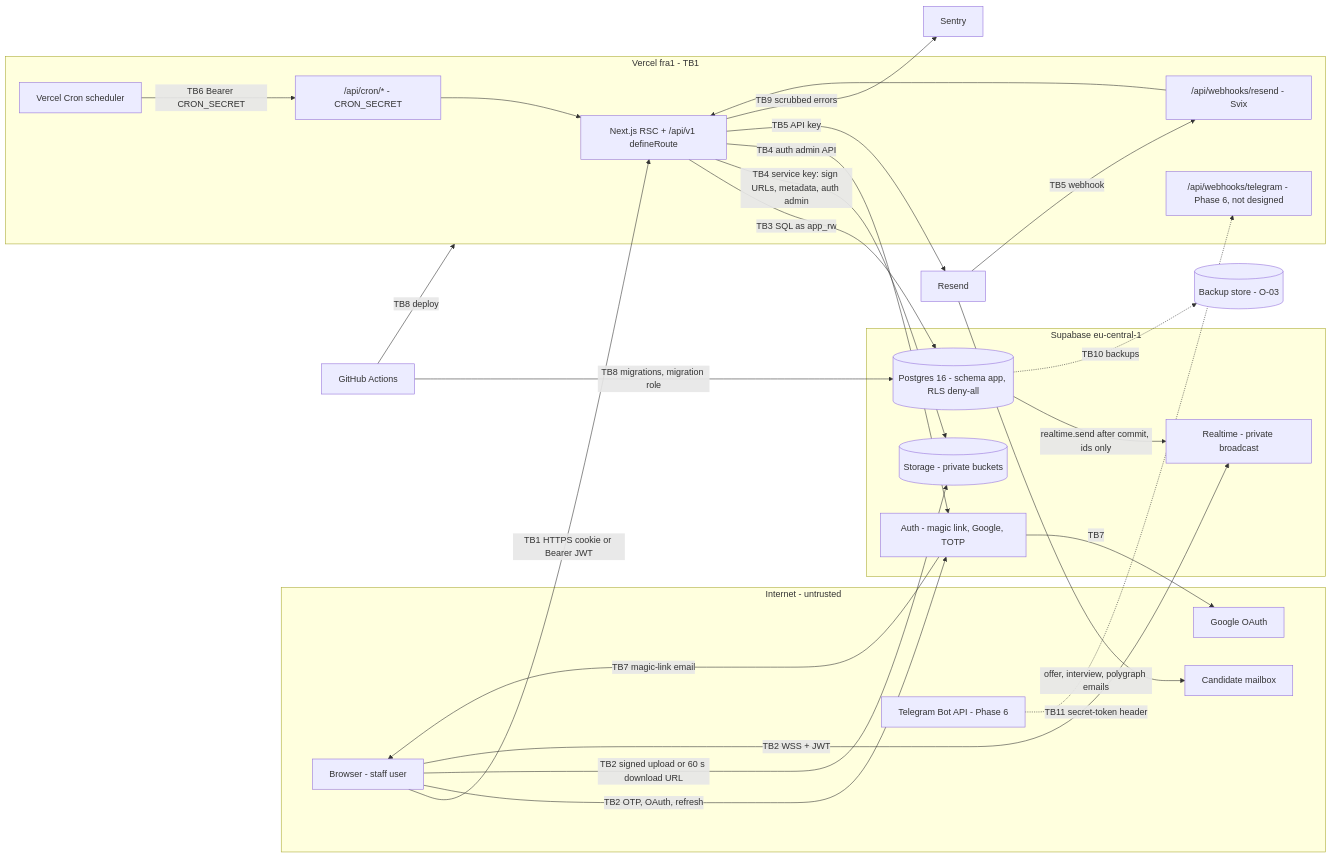
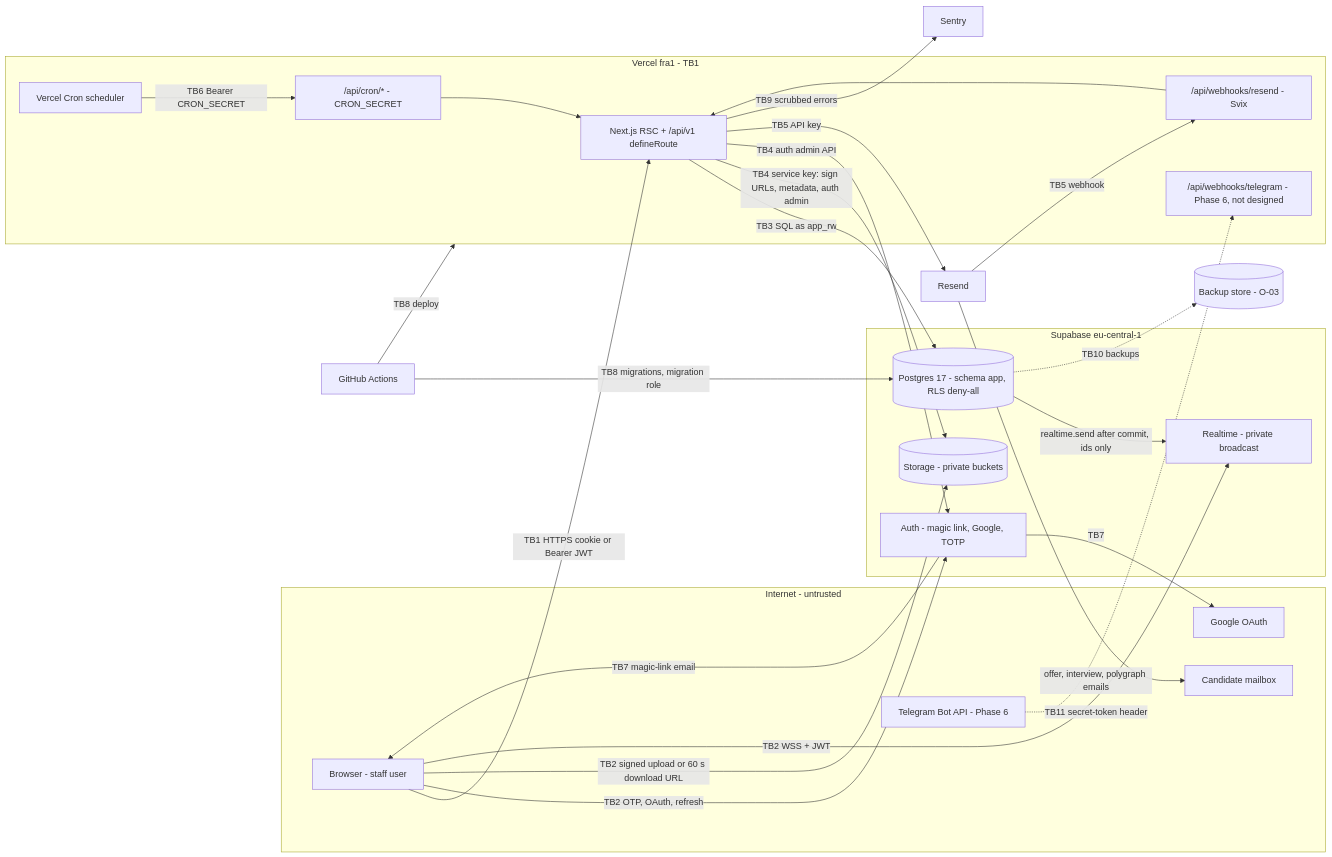
Before and after one commit to tolkyu/rcrt-app: the diagram in docs/security/threat-model.md, drawn with Mermaid. The commit also changed 26 other files, not shown here.

````diff
--- a/docs/security/threat-model.md
+++ b/docs/security/threat-model.md
@@ -62,48 +62,48 @@
 ```mermaid
 flowchart LR
   subgraph INET["Internet - untrusted"]
     B["Browser - staff user"]
     CM["Candidate mailbox"]
     GO["Google OAuth"]
     TGA["Telegram Bot API - Phase 6"]
   end
   subgraph VER["Vercel fra1 - TB1"]
     APP["Next.js RSC + /api/v1 defineRoute"]
     CRS["Vercel Cron scheduler"]
     CRN["/api/cron/* - CRON_SECRET"]
     WHR["/api/webhooks/resend - Svix"]
     WHT["/api/webhooks/telegram - Phase 6, not designed"]
   end
   subgraph SUP["Supabase eu-central-1"]
     AU["Auth - magic link, Google, TOTP"]
-    PG[("Postgres 16 - schema app, RLS deny-all")]
+    PG[("Postgres 17 - schema app, RLS deny-all")]
     ST[("Storage - private buckets")]
     RT["Realtime - private broadcast"]
   end
   RS["Resend"]
   SE["Sentry"]
   GH["GitHub Actions"]
   BK[("Backup store - O-03")]
 
   B -- "TB1 HTTPS cookie or Bearer JWT" --> APP
   B -- "TB2 OTP, OAuth, refresh" --> AU
   B -- "TB2 signed upload or 60 s download URL" --> ST
   B -- "TB2 WSS + JWT" --> RT
   AU -- "TB7" --> GO
   AU -- "TB7 magic-link email" --> B
   APP -- "TB3 SQL as app_rw" --> PG
   APP -- "TB4 service key: sign URLs, metadata, auth admin" --> ST
   APP -- "TB4 auth admin API" --> AU
   PG -- "realtime.send after commit, ids only" --> RT
   APP -- "TB5 API key" --> RS
   RS -- "offer, interview, polygraph emails" --> CM
   RS -- "TB5 webhook" --> WHR
   CRS -- "TB6 Bearer CRON_SECRET" --> CRN
   CRN --> APP
   WHR --> APP
   APP -- "TB9 scrubbed errors" --> SE
   GH -- "TB8 deploy" --> VER
   GH -- "TB8 migrations, migration role" --> PG
   PG -. "TB10 backups" .-> BK
   TGA -. "TB11 secret-token header" .-> WHT
 ```
````
